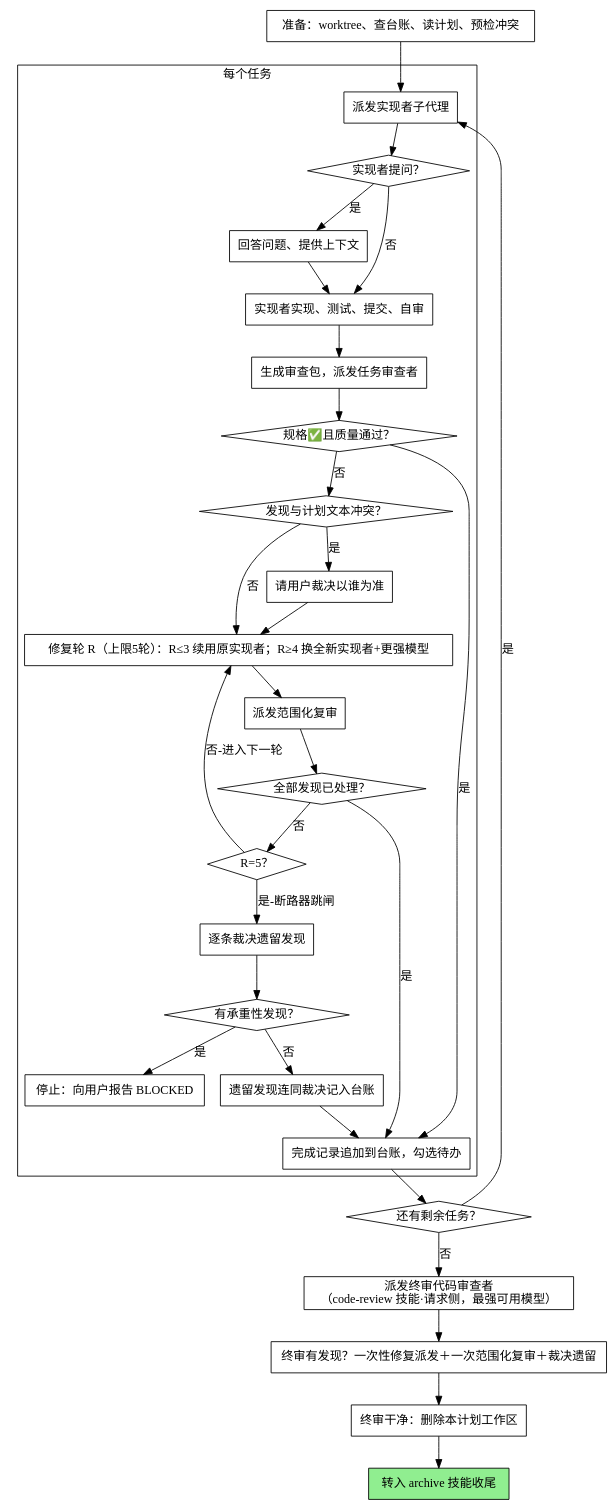
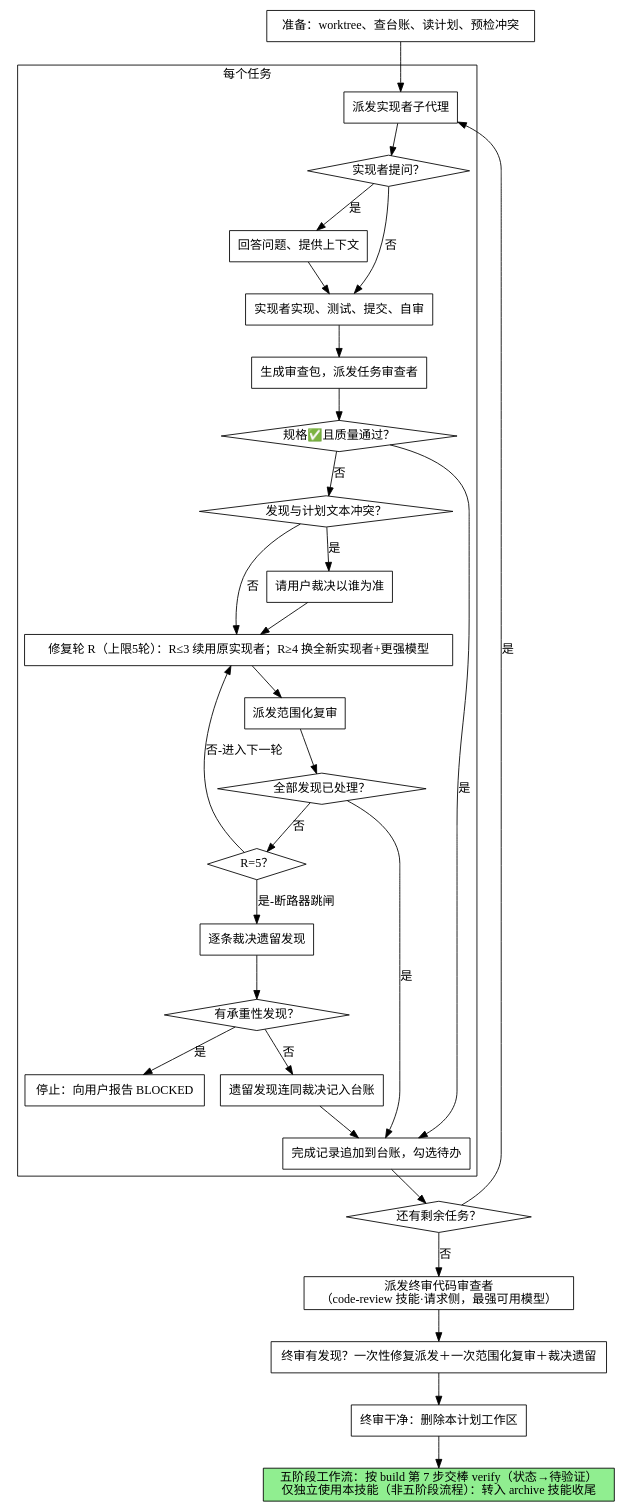
Before and after one commit to yoyoow006/ai_agent: the second of 2 diagrams in .claude/skills/subagent-driven/SKILL.md, drawn with Graphviz. The commit also changed other lines of this file and 12 other files, not shown here.

````diff
--- a/.claude/skills/subagent-driven/SKILL.md
+++ b/.claude/skills/subagent-driven/SKILL.md
@@ -46,62 +46,62 @@
 ```dot
 digraph process {
     rankdir=TB;
 
     subgraph cluster_per_task {
         label="每个任务";
         dispatch [label="派发实现者子代理", shape=box];
         asks [label="实现者提问？", shape=diamond];
         answer [label="回答问题、提供上下文", shape=box];
         impl [label="实现者实现、测试、提交、自审", shape=box];
         pkg [label="生成审查包，派发任务审查者", shape=box];
         ok [label="规格✅且质量通过？", shape=diamond];
         conflict [label="发现与计划文本冲突？", shape=diamond];
         human [label="请用户裁决以谁为准", shape=box];
         fix [label="修复轮 R（上限5轮）：R≤3 续用原实现者；R≥4 换全新实现者+更强模型", shape=box];
         rereview [label="派发范围化复审", shape=box];
         addressed [label="全部发现已处理？", shape=diamond];
         cap [label="R=5？", shape=diamond];
         adjudicate [label="逐条裁决遗留发现", shape=box];
         load [label="有承重性发现？", shape=diamond];
         stop [label="停止：向用户报告 BLOCKED", shape=box];
         park [label="遗留发现连同裁决记入台账", shape=box];
         complete [label="完成记录追加到台账，勾选待办", shape=box];
     }
 
     setup [label="准备：worktree、查台账、读计划、预检冲突", shape=box];
     more [label="还有剩余任务？", shape=diamond];
     final [label="派发终审代码审查者\n（code-review 技能·请求侧，最强可用模型）", shape=box];
     finalfix [label="终审有发现？一次性修复派发＋一次范围化复审＋裁决遗留", shape=box];
     clean [label="终审干净：删除本计划工作区", shape=box];
-    finish [label="转入 archive 技能收尾", shape=box, style=filled, fillcolor=lightgreen];
+    finish [label="五阶段工作流：按 build 第 7 步交棒 verify（状态→待验证）\n仅独立使用本技能（非五阶段流程）：转入 archive 技能收尾", shape=box, style=filled, fillcolor=lightgreen];
 
     setup -> dispatch;
     dispatch -> asks;
     asks -> answer [label="是"];
     answer -> impl;
     asks -> impl [label="否"];
     impl -> pkg;
     pkg -> ok;
     ok -> complete [label="是"];
     ok -> conflict [label="否"];
     conflict -> human [label="是"];
     human -> fix;
     conflict -> fix [label="否"];
     fix -> rereview;
     rereview -> addressed;
     addressed -> complete [label="是"];
     addressed -> cap [label="否"];
     cap -> fix [label="否-进入下一轮"];
     cap -> adjudicate [label="是-断路器跳闸"];
     adjudicate -> load;
     load -> stop [label="是"];
     load -> park [label="否"];
     park -> complete;
     complete -> more;
     more -> dispatch [label="是"];
     more -> final [label="否"];
     final -> finalfix;
     finalfix -> clean;
     clean -> finish;
 }
 ```
````
